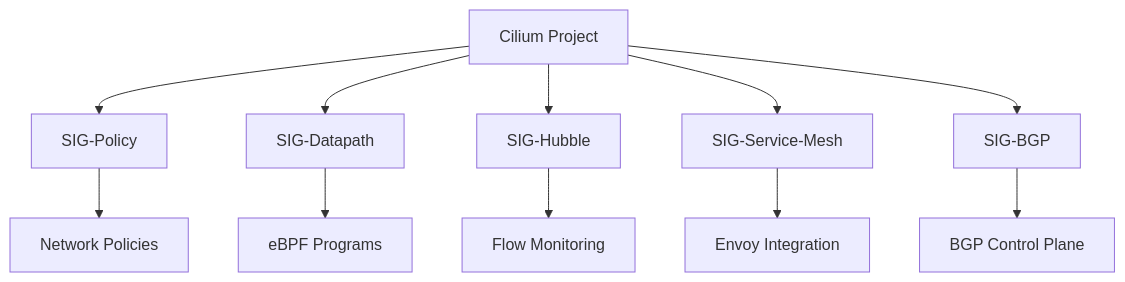
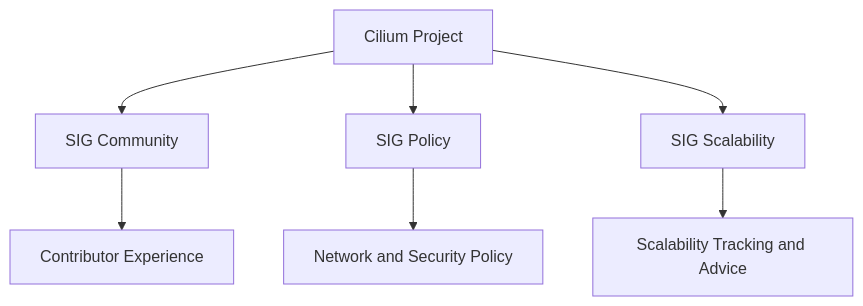
Before and after one commit to OneUptime/blog: the diagram in posts/2026-03-14-how-to-understand-special-interest-groups-in-the-cilium-project/README.md, drawn with Mermaid. The commit also changed other lines of this file and 2 other files, not shown here.

Commit message:
validate: 2026-03-14-how-to-understand-special-interest-groups-in-the-cilium-project

````diff
--- a/posts/2026-03-14-how-to-understand-special-interest-groups-in-the-cilium-project/README.md
+++ b/posts/2026-03-14-how-to-understand-special-interest-groups-in-the-cilium-project/README.md
@@ -46,13 +44,9 @@
 ```mermaid
 flowchart TD
-    A[Cilium Project] --> B[SIG-Policy]
-    A --> C[SIG-Datapath]
-    A --> D[SIG-Hubble]
-    A --> E[SIG-Service-Mesh]
-    A --> F[SIG-BGP]
-    B --> B1[Network Policies]
-    C --> C1[eBPF Programs]
-    D --> D1[Flow Monitoring]
-    E --> E1[Envoy Integration]
-    F --> F1[BGP Control Plane]
+    A[Cilium Project] --> B[SIG Community]
+    A --> C[SIG Policy]
+    A --> D[SIG Scalability]
+    B --> B1[Contributor Experience]
+    C --> C1[Network and Security Policy]
+    D --> D1[Scalability Tracking and Advice]
 ```
````
